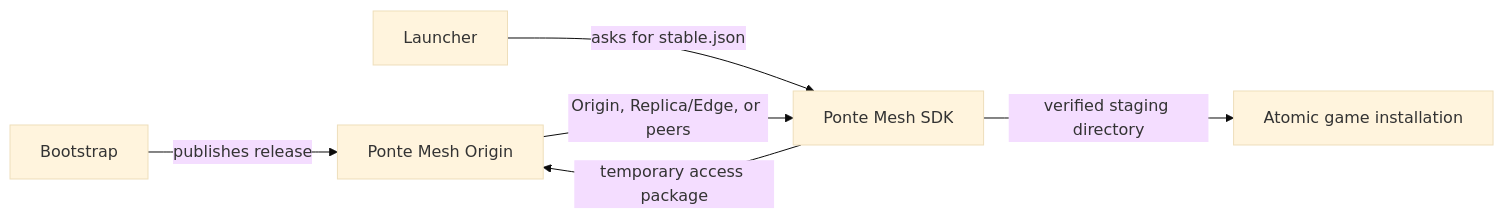
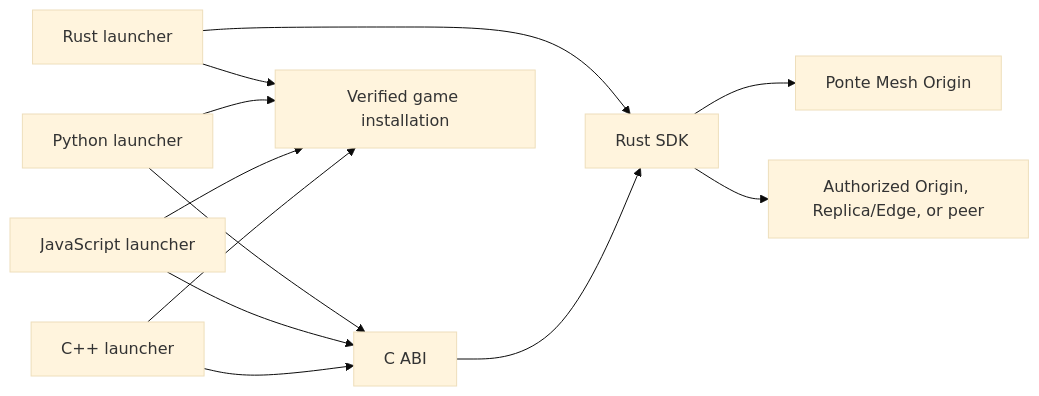
One commit to fhfelipefh/pontemesh-game-launcher-example changed the diagram in README.md. Above: the diagram before and after it, drawn with Mermaid (base theme). The commit also changed other lines of this file and 28 other files, not shown here.

First line of the commit message:
Add multi-language game launcher examples (#5)

````diff
--- a/README.md
+++ b/README.md
@@ -7,8 +17,14 @@
 ```mermaid
 flowchart LR
-    B[Bootstrap] -->|publishes release| O[Ponte Mesh Origin]
-    L[Launcher] -->|asks for stable.json| S[Ponte Mesh SDK]
-    S -->|temporary access package| O
-    O -->|Origin, Replica/Edge, or peers| S
-    S -->|verified staging directory| I[Atomic game installation]
+    R[Rust launcher] --> CORE[Rust SDK]
+    P[Python launcher] --> ABI[C ABI]
+    J[JavaScript launcher] --> ABI
+    C[C++ launcher] --> ABI
+    ABI --> CORE
+    CORE --> O[Ponte Mesh Origin]
+    CORE --> S[Authorized Origin, Replica/Edge, or peer]
+    R --> I[Verified game installation]
+    P --> I
+    J --> I
+    C --> I
 ```
````
